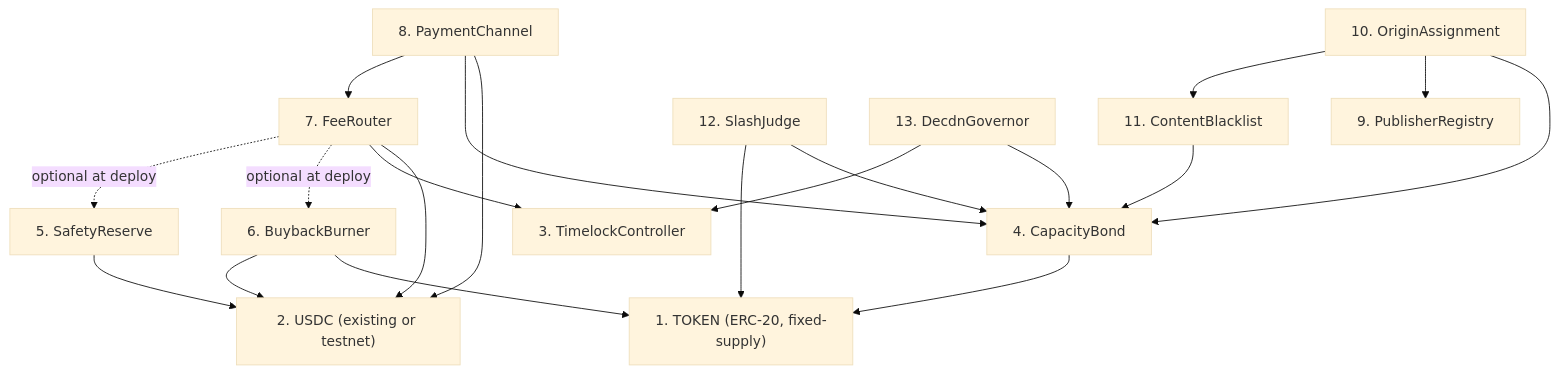
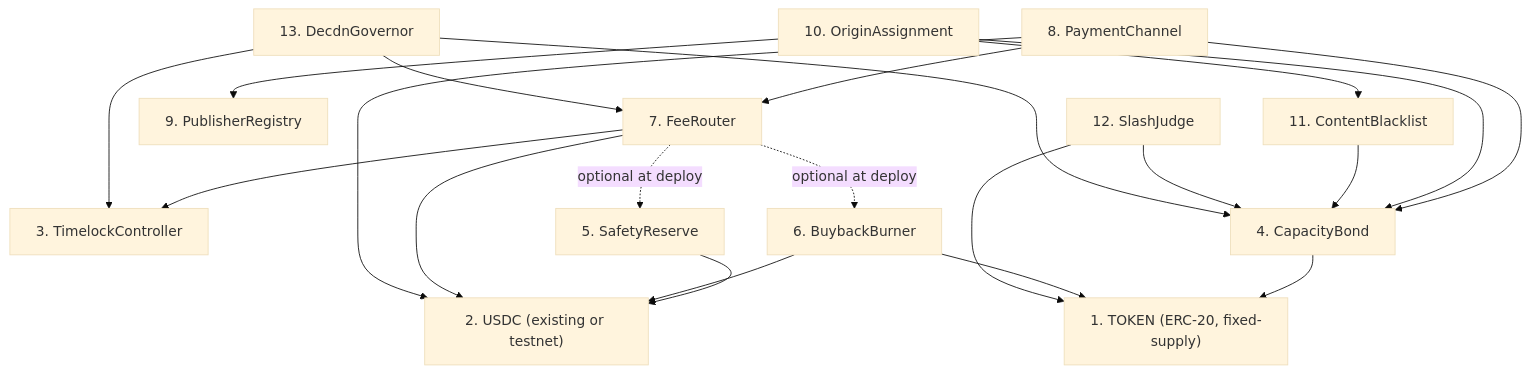
The second of 5 diagrams in adr/016-contract-interactions.md (decdn/decdn), drawn with Mermaid (base theme) before and after one commit. The commit also changed other lines of this file and 10 other files, not shown here.

````diff
--- a/adr/016-contract-interactions.md
+++ b/adr/016-contract-interactions.md
@@ -251,36 +292,37 @@
 ```mermaid
 graph TD
     TOKEN["1. TOKEN (ERC-20, fixed-supply)"]
     USDC["2. USDC (existing or testnet)"]
     TL["3. TimelockController"]
     CBOND["4. CapacityBond"]
     SAFE["5. SafetyReserve"]
     BB["6. BuybackBurner"]
     FR["7. FeeRouter"]
     SPC["8. PaymentChannel"]
     PR["9. PublisherRegistry"]
     OA["10. OriginAssignment"]
     CB["11. ContentBlacklist"]
     SJ["12. SlashJudge"]
     GOV["13. DecdnGovernor"]
 
     CBOND --> TOKEN
     SAFE --> USDC
     BB --> TOKEN
     BB --> USDC
     FR --> USDC
     FR --> TL
     FR -.->|"optional at deploy"| BB
     FR -.->|"optional at deploy"| SAFE
     SPC --> USDC
     SPC --> CBOND
     SPC --> FR
     OA --> CBOND
     OA --> PR
     OA --> CB
     CB --> CBOND
     SJ --> CBOND
     SJ --> TOKEN
     GOV --> CBOND
+    GOV --> FR
     GOV --> TL
 ```
````
